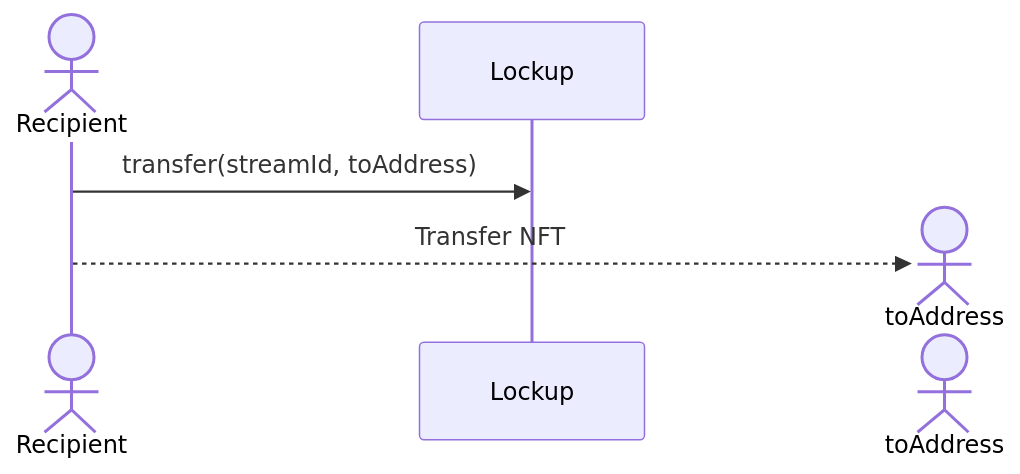
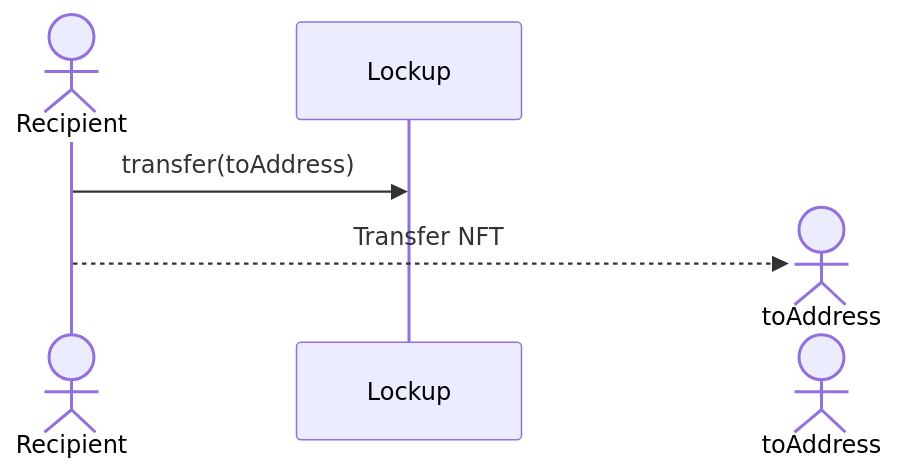
Before and after one commit to sablier-labs/docs: the sixth of 11 diagrams in docs/reference/lockup/04-access-control.md, drawn with Mermaid. The commit also changed other lines of this file and 3 other files, not shown here.

Commit message:
removes streamId from sequence diagrams categorizes diagrams in Flow access control simplifies diagrams in Lockup access control defines ongoing debt in Flow overview fixes definition of snapshot debt in Flow overview adds abbreviations in Flow diagrams

````diff
--- a/docs/reference/lockup/04-access-control.md
+++ b/docs/reference/lockup/04-access-control.md
@@ -102,8 +100,8 @@
 ```mermaid
 sequenceDiagram
   actor Recipient
 
-  Recipient ->> Lockup: transfer(streamId, toAddress)
+  Recipient ->> Lockup: transfer(toAddress)
   Create actor toAddress
   Recipient -->> toAddress: Transfer NFT
 ```
````
